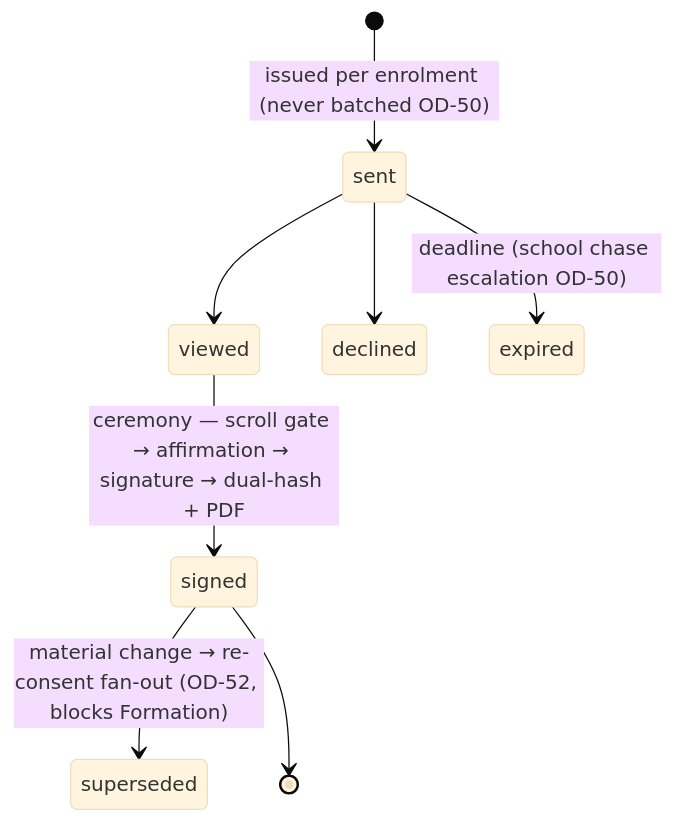
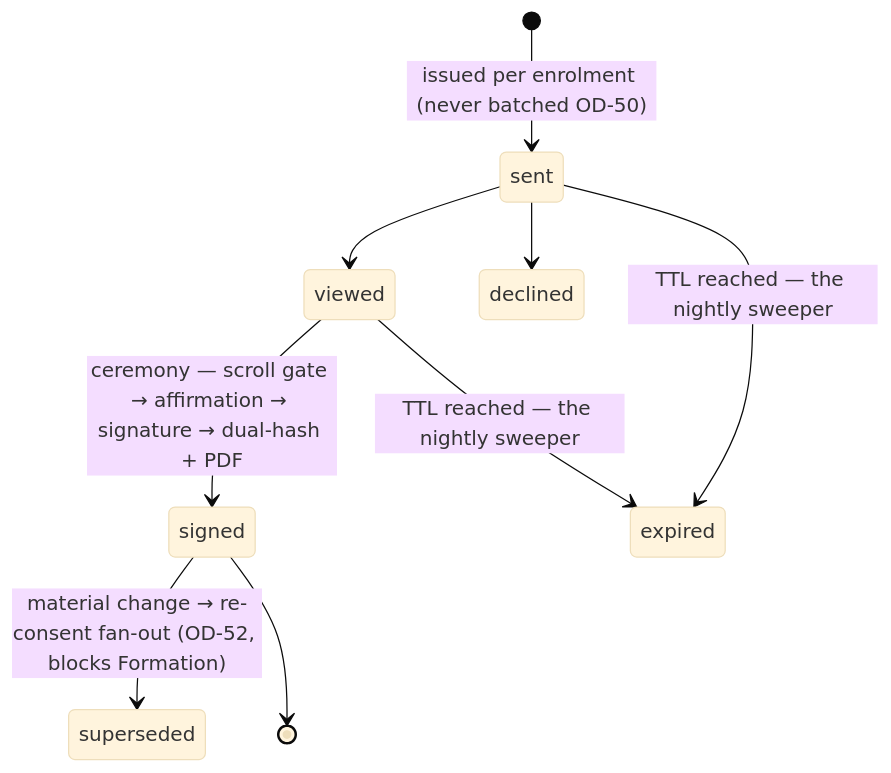
Before and after one commit to Ivanwongclub/ka-playground: the fourth of 7 diagrams in docs/reference/KAP-DATA-ATLAS.md, drawn with Mermaid (base theme). The commit also changed other lines of this file and 3 other files, not shown here.

````diff
--- a/docs/reference/KAP-DATA-ATLAS.md
+++ b/docs/reference/KAP-DATA-ATLAS.md
@@ -183,10 +183,11 @@
 ```mermaid
 stateDiagram-v2
     [*] --> sent: issued per enrolment (never batched OD-50)
     sent --> viewed
     viewed --> signed: ceremony — scroll gate → affirmation → signature → dual-hash + PDF
     sent --> declined
-    sent --> expired: deadline (school chase escalation OD-50)
+    sent --> expired: TTL reached — the nightly sweeper
+    viewed --> expired: TTL reached — the nightly sweeper
     signed --> superseded: material change → re-consent fan-out (OD-52, blocks Formation)
     signed --> [*]
 ```
````
